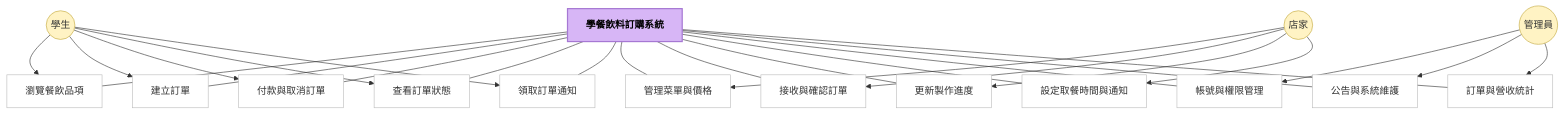
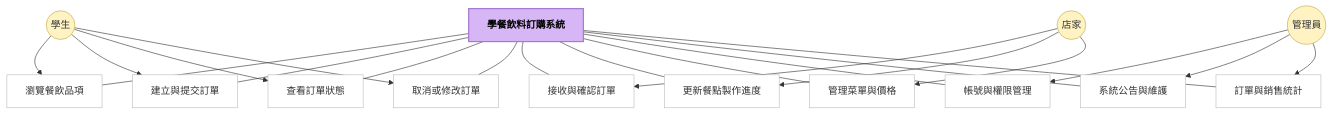
The diagram in hw3.md (Ling7100/hw-group), drawn with Mermaid before and after one commit.

````diff
--- a/hw3.md
+++ b/hw3.md
@@ -4,62 +4,57 @@
 ```mermaid
 %%{init: {'theme': 'default'}}%%
 graph TD
     A[學餐飲料訂購系統]
 
     %% 主要角色
     U1((學生))
     U2((店家))
     U3((管理員))
 
     %% 學生使用案例
     U1 --> S1[瀏覽餐飲品項]
-    U1 --> S2[建立訂單]
-    U1 --> S3[付款與取消訂單]
-    U1 --> S4[查看訂單狀態]
-    U1 --> S5[領取訂單通知]
+    U1 --> S2[建立與提交訂單]
+    U1 --> S3[查看訂單狀態]
+    U1 --> S4[取消或修改訂單]
 
     %% 店家使用案例
-    U2 --> S6[管理菜單與價格]
-    U2 --> S7[接收與確認訂單]
-    U2 --> S8[更新製作進度]
-    U2 --> S9[設定取餐時間與通知]
+    U2 --> S5[接收與確認訂單]
+    U2 --> S6[更新餐點製作進度]
+    U2 --> S7[管理菜單與價格]
 
     %% 管理員使用案例
-    U3 --> S10[帳號與權限管理]
-    U3 --> S11[公告與系統維護]
-    U3 --> S12[訂單與營收統計]
+    U3 --> S8[帳號與權限管理]
+    U3 --> S9[系統公告與維護]
+    U3 --> S10[訂單與銷售統計]
 
     %% 系統核心
     A --- S1
     A --- S2
     A --- S3
     A --- S4
     A --- S5
     A --- S6
     A --- S7
     A --- S8
     A --- S9
     A --- S10
-    A --- S11
-    A --- S12
 
     %% 節點配色
     style A fill:#d7b6f6,stroke:#a678d3,stroke-width:2px,color:#000,font-weight:bold
 
     style U1 fill:#fff3c4,stroke:#c2a83e,stroke-width:1px
     style U2 fill:#fff3c4,stroke:#c2a83e,stroke-width:1px
     style U3 fill:#fff3c4,stroke:#c2a83e,stroke-width:1px
 
     style S1 fill:#ffffff,stroke:#bcbcbc
     style S2 fill:#ffffff,stroke:#bcbcbc
     style S3 fill:#ffffff,stroke:#bcbcbc
     style S4 fill:#ffffff,stroke:#bcbcbc
     style S5 fill:#ffffff,stroke:#bcbcbc
     style S6 fill:#ffffff,stroke:#bcbcbc
     style S7 fill:#ffffff,stroke:#bcbcbc
     style S8 fill:#ffffff,stroke:#bcbcbc
     style S9 fill:#ffffff,stroke:#bcbcbc
     style S10 fill:#ffffff,stroke:#bcbcbc
-    style S11 fill:#ffffff,stroke:#bcbcbc
-    style S12 fill:#ffffff,stroke:#bcbcbc
+
 ```
````
